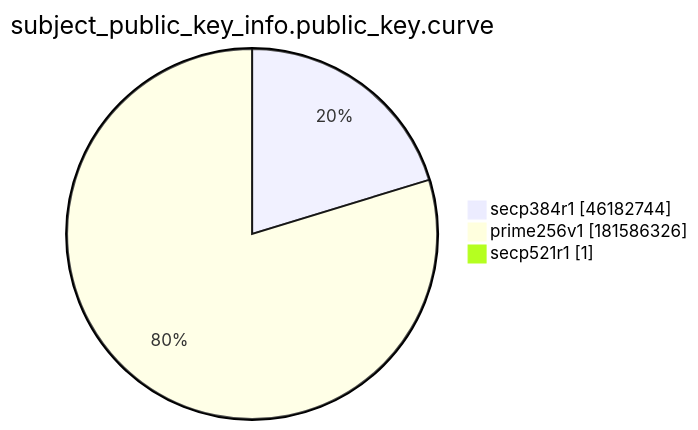
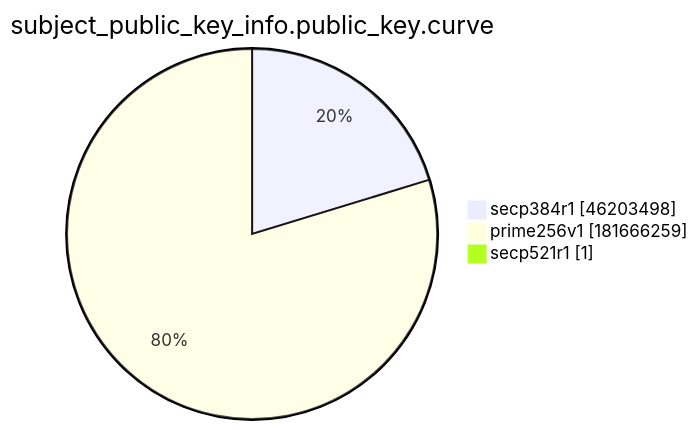
Before and after one commit to christiankrug/ctmonitor_visualization: the ninth of 15 diagrams in xenon2022/README.md, drawn with Mermaid. The commit also changed other lines of this file, not shown here.

````diff
--- a/xenon2022/README.md
+++ b/xenon2022/README.md
@@ -2874,7 +2874,7 @@
 ```mermaid
 pie showData
 title subject_public_key_info.public_key.curve
-"secp384r1" :46182744
-"prime256v1" :181586326
+"secp384r1" :46203498
+"prime256v1" :181666259
 "secp521r1" :1
 ```
````
